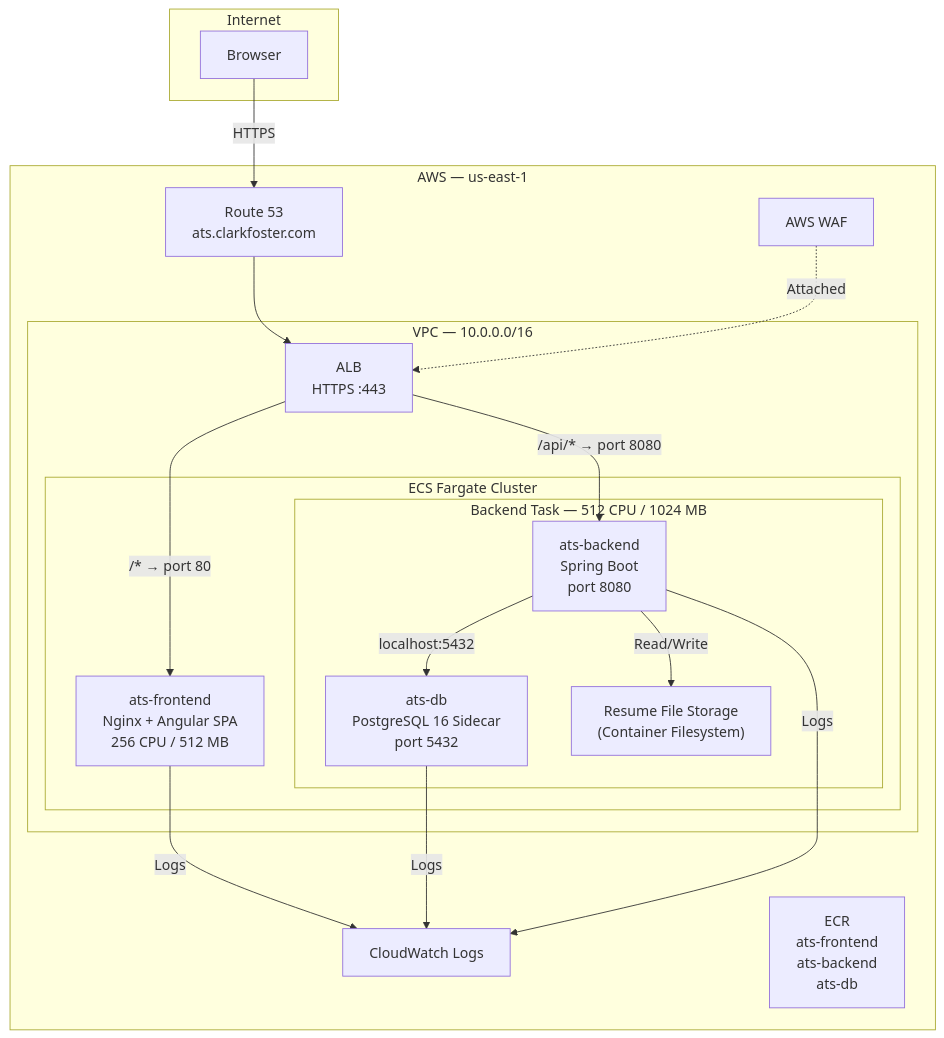
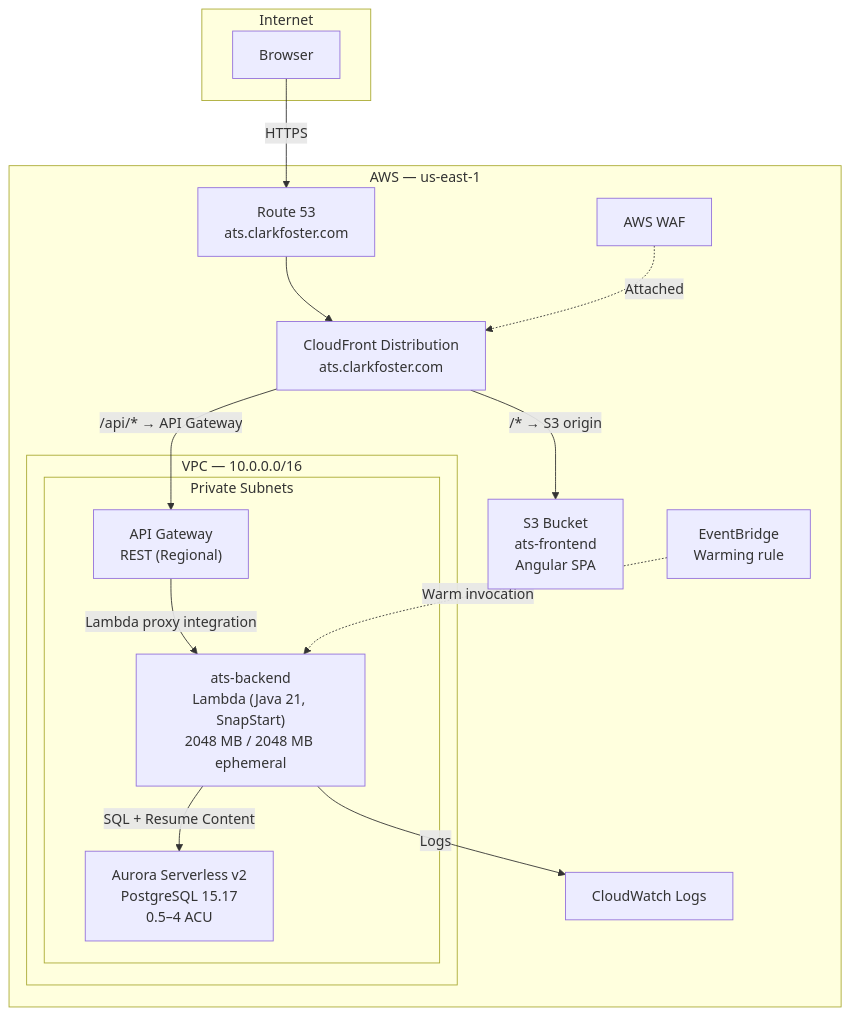
Before and after one commit to clark22134/MyPortfolioWebsite: the seventh of 13 diagrams in docs/ARCHITECTURE.md, drawn with Mermaid. The commit also changed other lines of this file and 96 other files, not shown here.

````diff
--- a/docs/ARCHITECTURE.md
+++ b/docs/ARCHITECTURE.md
@@ -388,39 +385,34 @@
 ```mermaid
 graph TB
     subgraph Internet
         Browser[Browser]
     end
 
     subgraph AWS["AWS — us-east-1"]
         Route53["Route 53<br/>ats.clarkfoster.com"]
         WAF["AWS WAF"]
+        CF["CloudFront Distribution<br/>ats.clarkfoster.com"]
+        S3["S3 Bucket<br/>ats-frontend<br/>Angular SPA"]
 
         subgraph VPC["VPC — 10.0.0.0/16"]
-            ALB["ALB<br/>HTTPS :443"]
-
-            subgraph ECS["ECS Fargate Cluster"]
-                FE["ats-frontend<br/>Nginx + Angular SPA<br/>256 CPU / 512 MB"]
-
-                subgraph BackendTask["Backend Task — 512 CPU / 1024 MB"]
-                    BE["ats-backend<br/>Spring Boot<br/>port 8080"]
-                    DB["ats-db<br/>PostgreSQL 16 Sidecar<br/>port 5432"]
-                    FS["Resume File Storage<br/>(Container Filesystem)"]
-                end
+            subgraph Private["Private Subnets"]
+                APIGW["API Gateway<br/>REST (Regional)"]
+                Lambda["ats-backend<br/>Lambda (Java 21, SnapStart)<br/>2048 MB / 2048 MB ephemeral"]
+                Aurora["Aurora Serverless v2<br/>PostgreSQL 15.17<br/>0.5–4 ACU"]
             end
         end
 
         CW["CloudWatch Logs"]
-        ECR["ECR<br/>ats-frontend<br/>ats-backend<br/>ats-db"]
+        EB["EventBridge<br/>Warming rule"]
     end
 
     Browser -->|HTTPS| Route53
-    Route53 --> ALB
-    WAF -.->|Attached| ALB
-    ALB -->|"/* → port 80"| FE
-    ALB -->|"/api/* → port 8080"| BE
-    BE -->|"localhost:5432"| DB
-    BE -->|Read/Write| FS
-    BE -->|Logs| CW
-    FE -->|Logs| CW
-    DB -->|Logs| CW
+    Route53 --> CF
+    WAF -.->|Attached| CF
+    CF -->|"/* → S3 origin"| S3
+    CF -->|"/api/* → API Gateway"| APIGW
+    APIGW -->|Lambda proxy integration| Lambda
+    Lambda -->|SQL + Resume Content| Aurora
+    Lambda -->|Logs| CW
+    EB -.->|Warm invocation| Lambda
 ```
````
